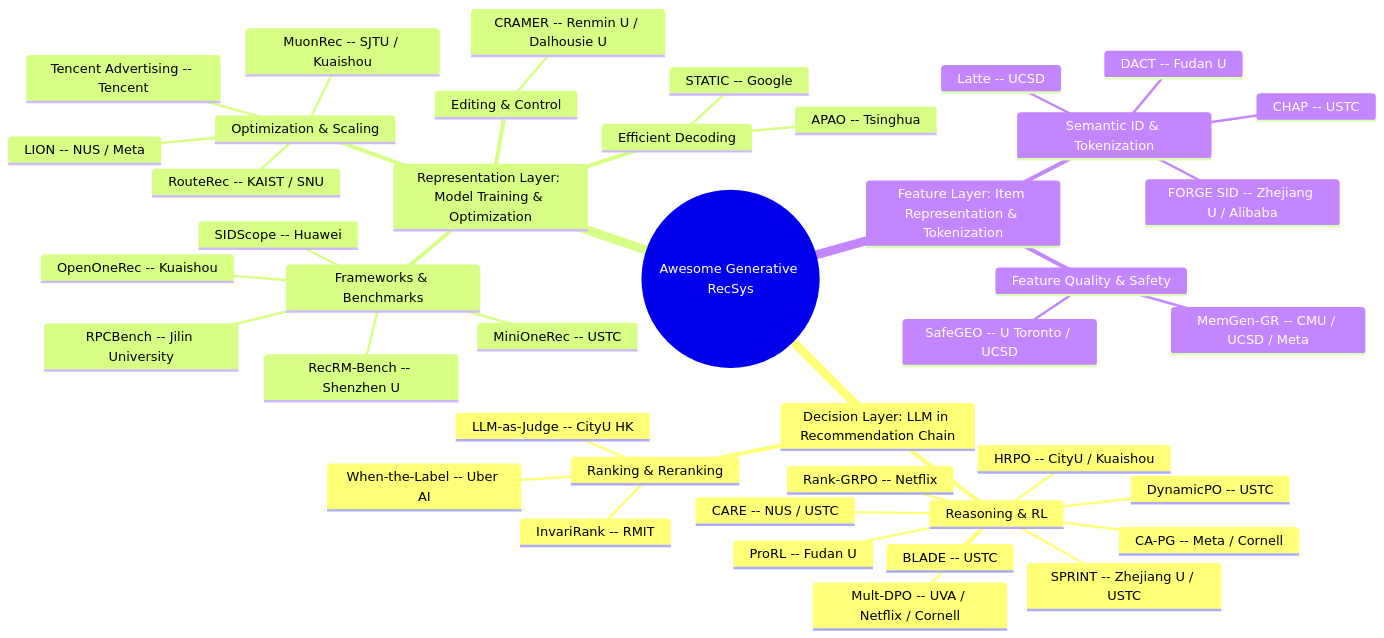
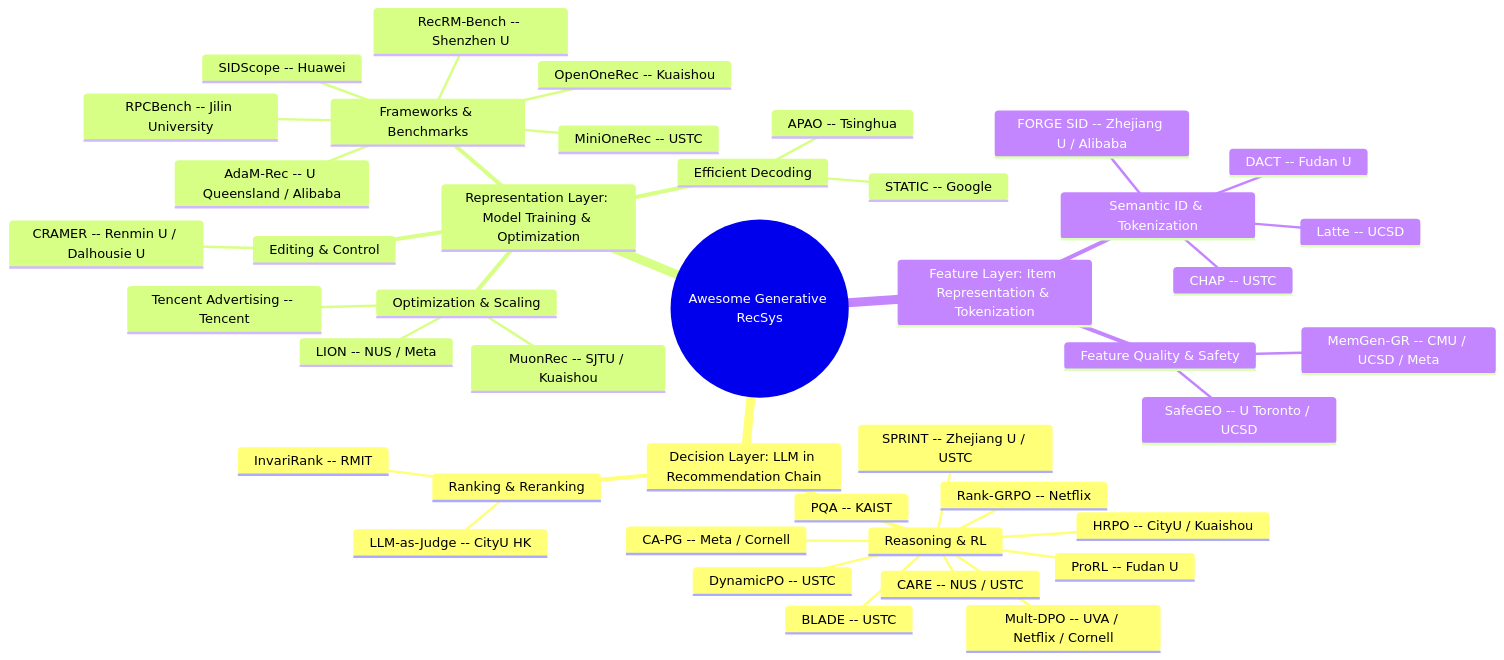
The diagram in README.md (HaFred/awesome-generative-recsys), drawn with Mermaid before and after one commit. The commit also changed other lines of this file and 3 other files, not shown here.

Commit message:
feat: Oct 05 — 7 gen-rec papers (2 opensource: AdaM-Rec, PQA); archive Sep 24

````diff
--- a/README.md
+++ b/README.md
@@ -30,46 +30,46 @@
 ```mermaid
 mindmap
   root((Awesome Generative RecSys))
     Decision Layer: LLM in Recommendation Chain
       Reasoning & RL
         Rank-GRPO -- Netflix
         DynamicPO -- USTC
         BLADE -- USTC
         SPRINT -- Zhejiang U / USTC
         CARE -- NUS / USTC
         HRPO -- CityU / Kuaishou
         Mult-DPO -- UVA / Netflix / Cornell
         CA-PG -- Meta / Cornell
         ProRL -- Fudan U
+        PQA -- KAIST
       Ranking & Reranking
         InvariRank -- RMIT
         LLM-as-Judge -- CityU HK
-        When-the-Label -- Uber AI
     Representation Layer: Model Training & Optimization
       Editing & Control
         CRAMER -- Renmin U / Dalhousie U
       Frameworks & Benchmarks
         MiniOneRec -- USTC
         OpenOneRec -- Kuaishou
         RecRM-Bench -- Shenzhen U
         SIDScope -- Huawei
         RPCBench -- Jilin University
+        AdaM-Rec -- U Queensland / Alibaba
       Efficient Decoding
         STATIC -- Google
         APAO -- Tsinghua
       Optimization & Scaling
         MuonRec -- SJTU / Kuaishou
         Tencent Advertising -- Tencent
         LION -- NUS / Meta
-        RouteRec -- KAIST / SNU
     Feature Layer: Item Representation & Tokenization
       Semantic ID & Tokenization
         Latte -- UCSD
         FORGE SID -- Zhejiang U / Alibaba
         DACT -- Fudan U
         CHAP -- USTC
       Feature Quality & Safety
         SafeGEO -- U Toronto / UCSD
         MemGen-GR -- CMU / UCSD / Meta
 
 ```
````
